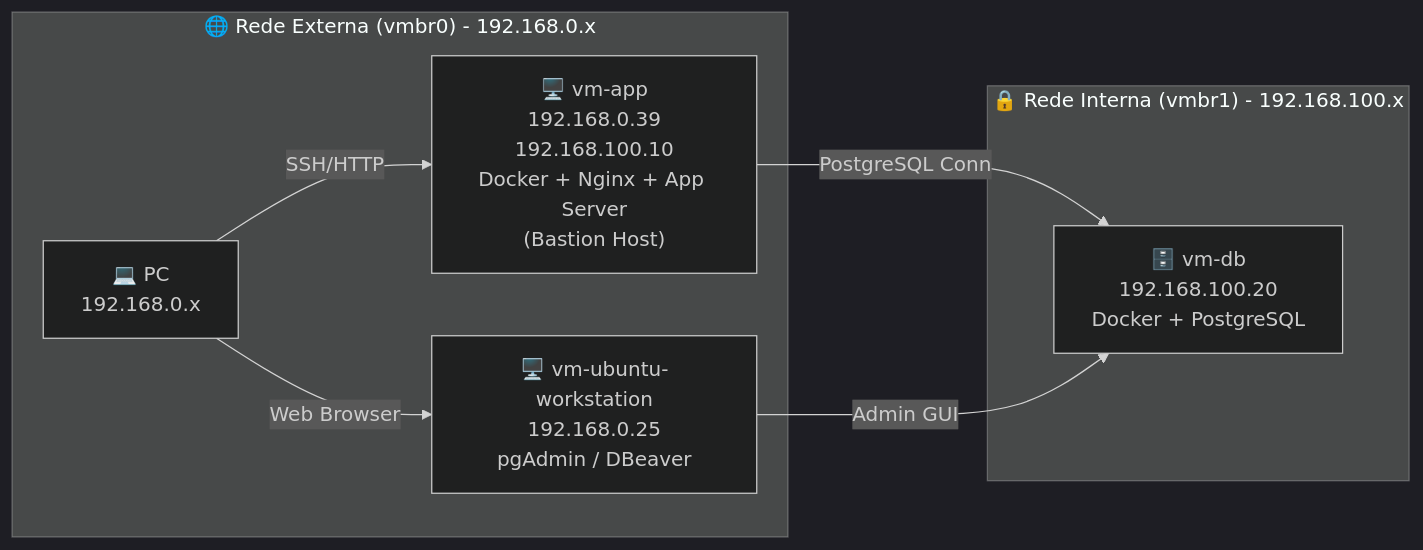
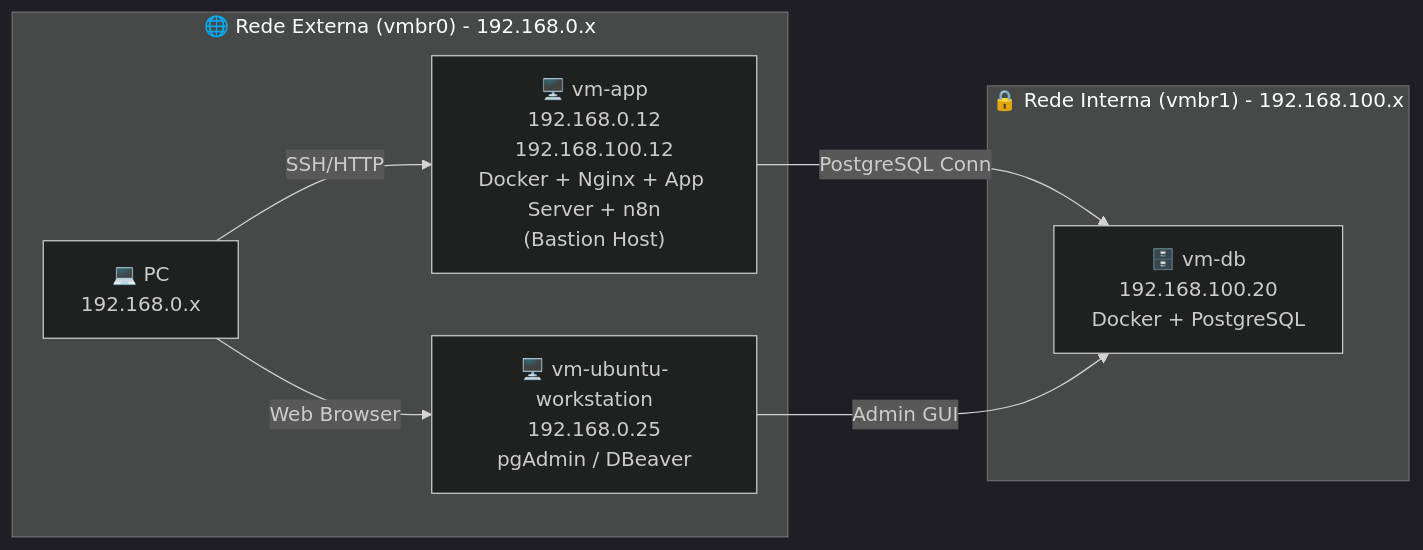
One commit to golberysantos/javahelpers changed the first of 2 diagrams in JavaHelper-AI/docs/architecture/mini-datacenter-plan.md. Above: the diagram before and after it, drawn with Mermaid (dark theme). The commit also changed other lines of this file and 4 other files, not shown here.

````diff
--- a/JavaHelper-AI/docs/architecture/mini-datacenter-plan.md
+++ b/JavaHelper-AI/docs/architecture/mini-datacenter-plan.md
@@ -61,20 +62,20 @@
 ```mermaid
 flowchart LR
-    PC["💻 PC\n192.168.0.x"] -->|SSH/HTTP| VMAPP["🖥️ vm-app\n192.168.0.39\n192.168.100.10\nDocker + Nginx + App Server\n(Bastion Host)"]
+    PC["💻 PC\n192.168.0.x"] -->|SSH/HTTP| VMAPP["🖥️ vm-app\n192.168.0.12\n192.168.100.12\nDocker + Nginx + App Server + n8n\n(Bastion Host)"]
     VMAPP -->|PostgreSQL Conn| VMDB["🗄️ vm-db\n192.168.100.20\nDocker + PostgreSQL"]
     PC -->|Web Browser| VMWS["🖥️ vm-ubuntu-workstation\n192.168.0.25\npgAdmin / DBeaver"]
 
     subgraph External_Network ["🌐 Rede Externa (vmbr0) - 192.168.0.x"]
         PC
         VMAPP
         VMWS
     end
 
     subgraph Internal_Network ["🔒 Rede Interna (vmbr1) - 192.168.100.x"]
         VMAPP
         VMDB
         VMWS
     end
 
     VMWS -->|Admin GUI| VMDB
 ```
````
